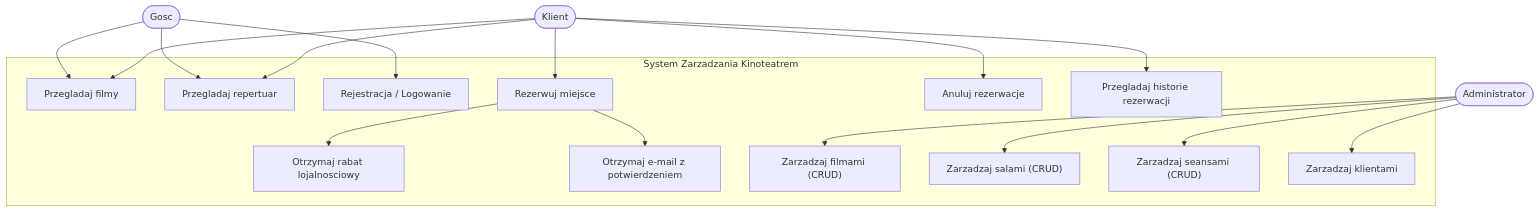
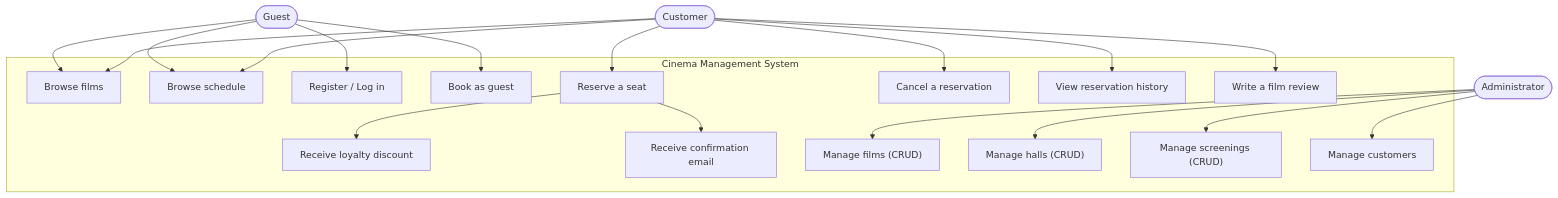
Before and after one commit to UladzislauZhukau/SystemZarzadzaniaKinoteatrem: the second of 2 diagrams in docs/DOCUMENTATION.md, drawn with Mermaid. The commit also changed other lines of this file and 1 other file, not shown here.

````diff
--- a/docs/DOCUMENTATION.md
+++ b/docs/DOCUMENTATION.md
@@ -131,38 +169,42 @@
 ```mermaid
 flowchart TD
-    guestActor([Gosc])
-    customerActor([Klient])
+    guestActor([Guest])
+    customerActor([Customer])
     adminActor([Administrator])
 
-    subgraph cinema [System Zarzadzania Kinoteatrem]
-        browseMovies["Przegladaj filmy"]
-        browseScreenings["Przegladaj repertuar"]
-        registerLogin["Rejestracja / Logowanie"]
-        makeReservation["Rezerwuj miejsce"]
-        cancelReservation["Anuluj rezerwacje"]
-        viewHistory["Przegladaj historie rezerwacji"]
-        loyaltyDiscount["Otrzymaj rabat lojalnosciowy"]
-        emailNotify["Otrzymaj e-mail z potwierdzeniem"]
-        manageMovies["Zarzadzaj filmami (CRUD)"]
-        manageHalls["Zarzadzaj salami (CRUD)"]
-        manageScreenings["Zarzadzaj seansami (CRUD)"]
-        manageCustomers["Zarzadzaj klientami"]
+    subgraph cinema [Cinema Management System]
+        browseMovies["Browse films"]
+        browseScreenings["Browse schedule"]
+        registerLogin["Register / Log in"]
+        guestBooking["Book as guest"]
+        makeReservation["Reserve a seat"]
+        cancelReservation["Cancel a reservation"]
+        viewHistory["View reservation history"]
+        writeReview["Write a film review"]
+        loyaltyDiscount["Receive loyalty discount"]
+        emailNotify["Receive confirmation email"]
+        manageMovies["Manage films (CRUD)"]
+        manageHalls["Manage halls (CRUD)"]
+        manageScreenings["Manage screenings (CRUD)"]
+        manageCustomers["Manage customers"]
     end
 
     guestActor --> browseMovies
     guestActor --> browseScreenings
     guestActor --> registerLogin
+    guestActor --> guestBooking
 
     customerActor --> browseMovies
     customerActor --> browseScreenings
     customerActor --> makeReservation
     customerActor --> cancelReservation
     customerActor --> viewHistory
+    customerActor --> writeReview
     makeReservation --> loyaltyDiscount
     makeReservation --> emailNotify
 
     adminActor --> manageMovies
     adminActor --> manageHalls
     adminActor --> manageScreenings
     adminActor --> manageCustomers
 ```
````
